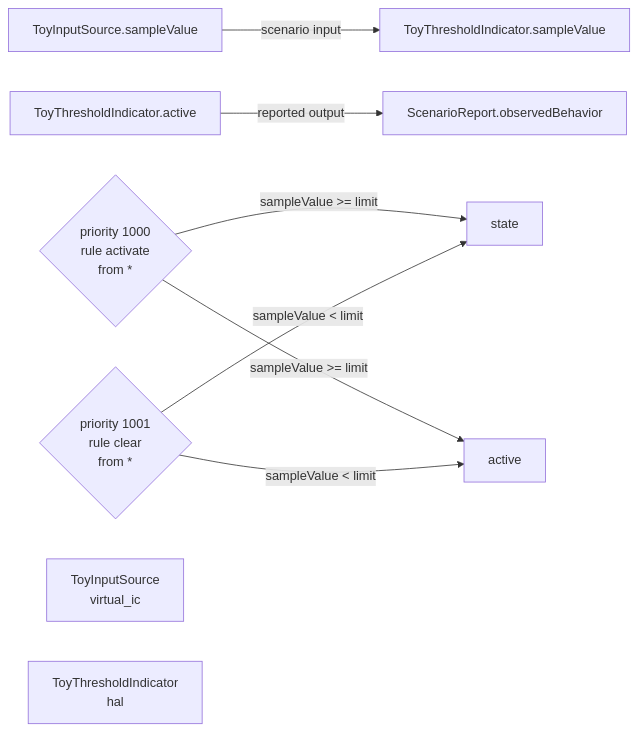
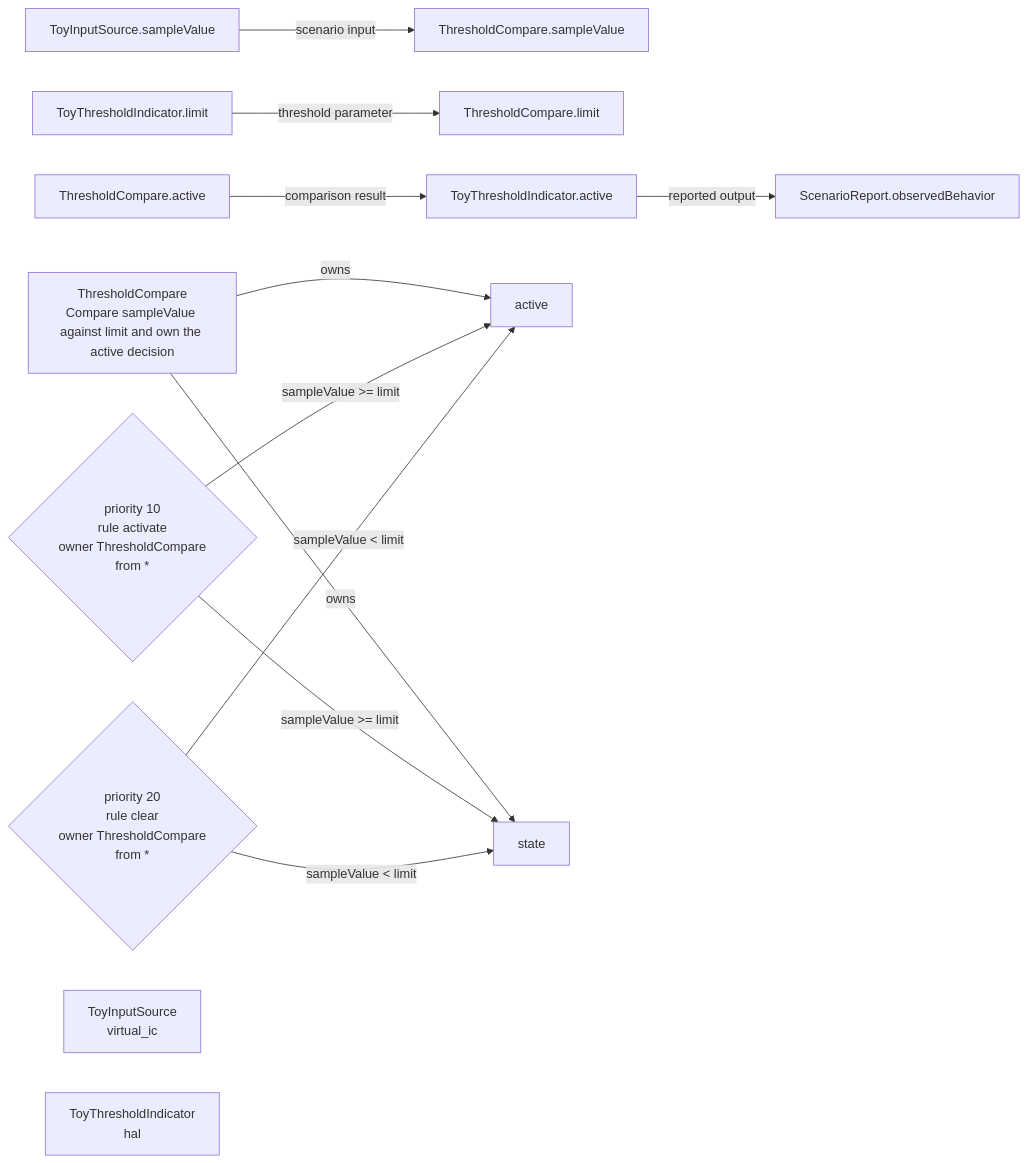
The diagram in samples/simple_threshold_indicator/generated/diagram.mmd (kino-6/virtual-ecu-peripheral-harness), drawn with Mermaid before and after one commit. The commit also changed 13 other files, not shown here.

Commit message:
fix: align simple sample MBD visualization with spec

```diff
--- a/samples/simple_threshold_indicator/generated/diagram.mmd
+++ b/samples/simple_threshold_indicator/generated/diagram.mmd
@@ -1,30 +1,46 @@
 flowchart LR
   %% Generated preview from Mermaid-like MBD markup.
   %% Existing MBD tools remain the verification backends.
   ToyInputSource_sampleValue["ToyInputSource.sampleValue"]
-  ToyThresholdIndicator_sampleValue["ToyThresholdIndicator.sampleValue"]
+  ThresholdCompare_sampleValue["ThresholdCompare.sampleValue"]
   %% Trace: SIMPLE-001
-  %% ToyInputSource_sampleValue --> ToyThresholdIndicator_sampleValue
-  ToyInputSource_sampleValue -->|"scenario input"| ToyThresholdIndicator_sampleValue
+  %% ToyInputSource_sampleValue --> ThresholdCompare_sampleValue
+  ToyInputSource_sampleValue -->|"scenario input"| ThresholdCompare_sampleValue
+  ToyThresholdIndicator_limit["ToyThresholdIndicator.limit"]
+  ThresholdCompare_limit["ThresholdCompare.limit"]
+  %% Trace: SIMPLE-001, SIMPLE-002
+  %% ToyThresholdIndicator_limit --> ThresholdCompare_limit
+  ToyThresholdIndicator_limit -->|"threshold parameter"| ThresholdCompare_limit
+  ThresholdCompare_active["ThresholdCompare.active"]
+  ToyThresholdIndicator_active["ToyThresholdIndicator.active"]
+  %% Trace: SIMPLE-001, SIMPLE-002
+  %% ThresholdCompare_active --> ToyThresholdIndicator_active
+  ThresholdCompare_active -->|"comparison result"| ToyThresholdIndicator_active
   ToyThresholdIndicator_active["ToyThresholdIndicator.active"]
   ScenarioReport_observedBehavior["ScenarioReport.observedBehavior"]
   %% Trace: SIMPLE-003
   %% ToyThresholdIndicator_active --> ScenarioReport_observedBehavior
   ToyThresholdIndicator_active -->|"reported output"| ScenarioReport_observedBehavior
-  rule_activate{"priority 1000<br/>rule activate<br/>from *"}
+  function_ThresholdCompare["ThresholdCompare<br/>Compare sampleValue against limit and own the active decision"]
+  %% Function Trace: SIMPLE-001, SIMPLE-002, SIMPLE-003
+  active["active"]
+  function_ThresholdCompare -->|"owns"| active
+  state["state"]
+  function_ThresholdCompare -->|"owns"| state
+  rule_activate{"priority 10<br/>rule activate<br/>owner ThresholdCompare<br/>from *"}
   %% Trace: SIMPLE-001, SIMPLE-003
   %% Scenarios: above_limit
   state["state"]
   rule_activate -->|"sampleValue >= limit"| state
   active["active"]
   rule_activate -->|"sampleValue >= limit"| active
-  rule_clear{"priority 1001<br/>rule clear<br/>from *"}
+  rule_clear{"priority 20<br/>rule clear<br/>owner ThresholdCompare<br/>from *"}
   %% Trace: SIMPLE-002, SIMPLE-003
   state["state"]
   rule_clear -->|"sampleValue < limit"| state
   active["active"]
   rule_clear -->|"sampleValue < limit"| active
   ToyInputSource["ToyInputSource<br/>virtual_ic"]
   %% Trace: SIMPLE-001
   ToyThresholdIndicator["ToyThresholdIndicator<br/>hal"]
   %% Trace: SIMPLE-001, SIMPLE-002, SIMPLE-003
```
